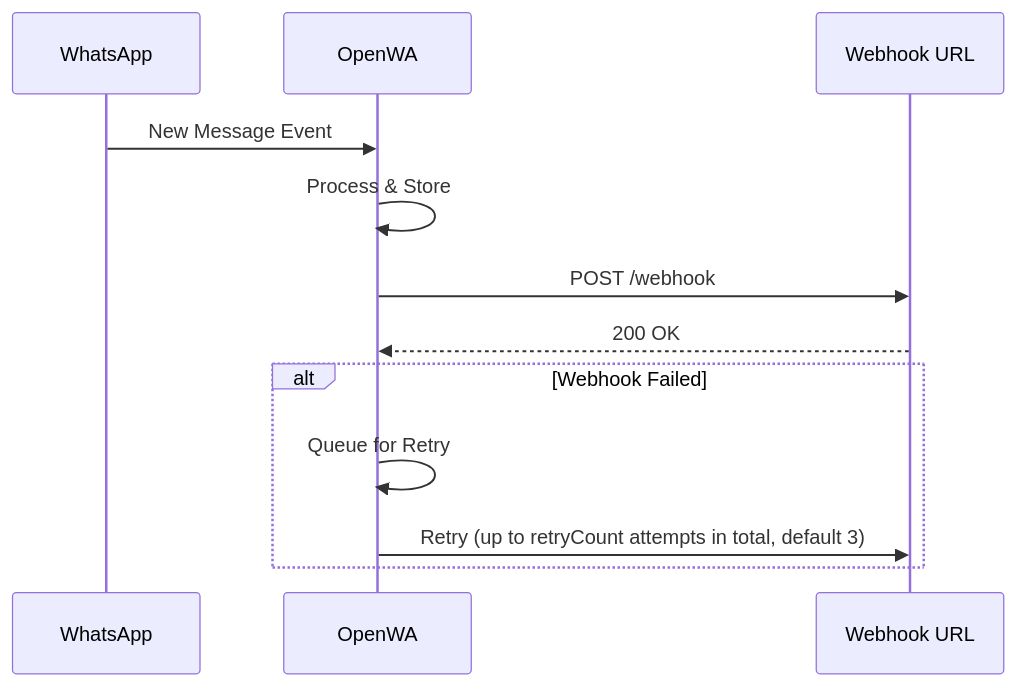
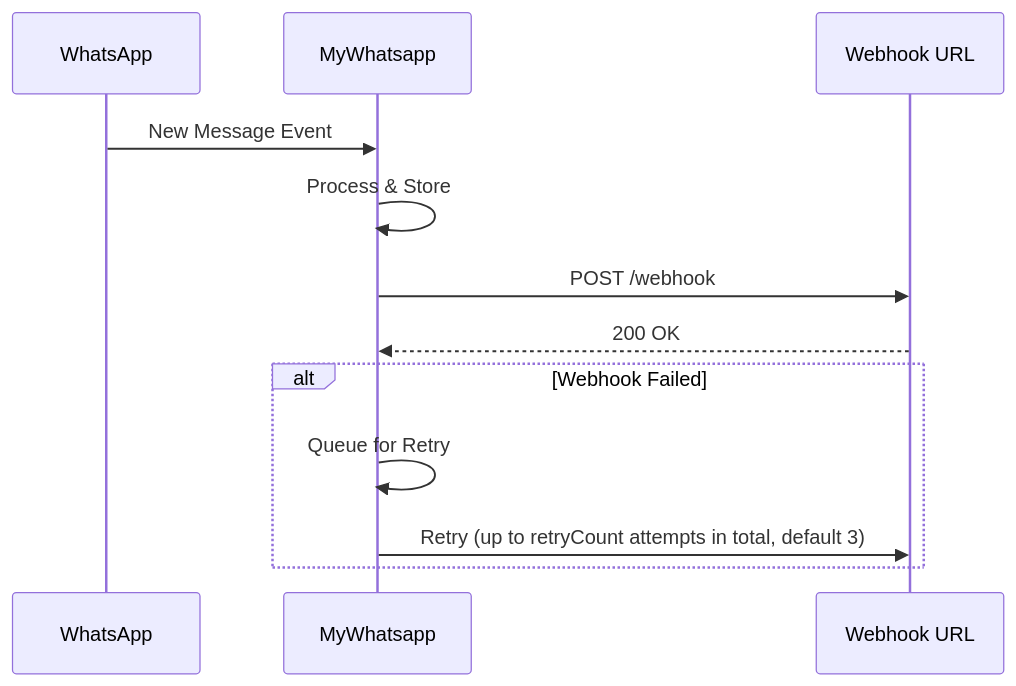
Before and after one commit to Myenum2412/whatsapptool: the third of 13 diagrams in docs/02-requirements-specification.md, drawn with Mermaid. The commit also changed other lines of this file and 874 other files, not shown here.

````diff
--- a/docs/02-requirements-specification.md
+++ b/docs/02-requirements-specification.md
@@ -82,16 +82,16 @@
 ```mermaid
 sequenceDiagram
     participant WA as WhatsApp
-    participant OW as OpenWA
+    participant OW as MyWhatsapp
     participant WH as Webhook URL
 
     WA->>OW: New Message Event
     OW->>OW: Process & Store
     OW->>WH: POST /webhook
     WH-->>OW: 200 OK
 
     alt Webhook Failed
         OW->>OW: Queue for Retry
         OW->>WH: Retry (up to retryCount attempts in total, default 3)
     end
 ```
````
